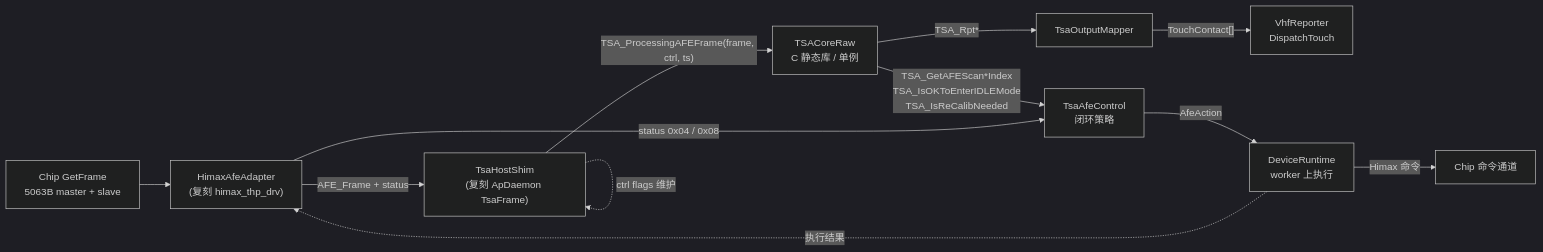
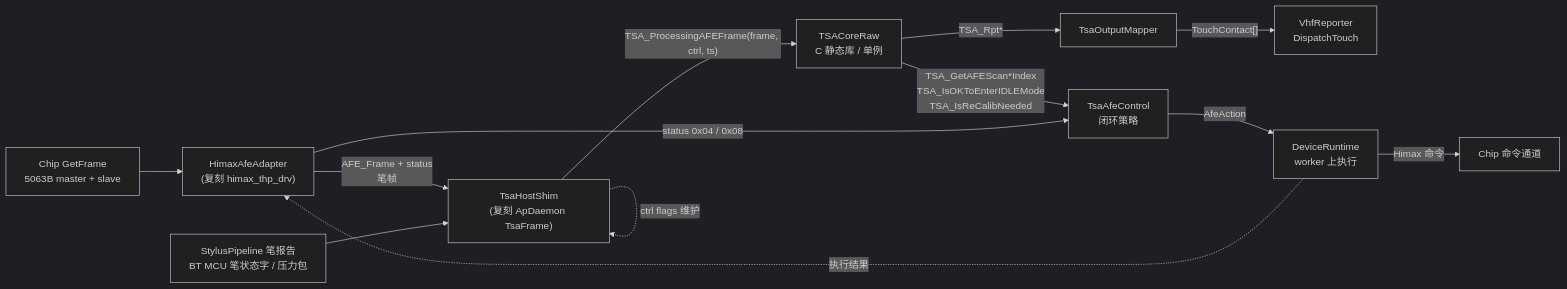
One commit to awarson2233/EGoTouchRev changed the first of 12 diagrams in docs/finger_algorithms/tsacore-raw-integration.md. Above: the diagram before and after it, drawn with Mermaid (dark theme). The commit also changed other lines of this file, not shown here.

Commit message:
docs(finger_algorithms): describe the stylus state seam into TSACore

````diff
--- a/docs/finger_algorithms/tsacore-raw-integration.md
+++ b/docs/finger_algorithms/tsacore-raw-integration.md
@@ -20,14 +22,15 @@
 ```mermaid
 flowchart LR
     SPI["Chip GetFrame<br/>5063B master + slave"] --> AD["HimaxAfeAdapter<br/>(复刻 himax_thp_drv)"]
-    AD -->|"AFE_Frame + status"| SH["TsaHostShim<br/>(复刻 ApDaemon TsaFrame)"]
+    AD -->|"AFE_Frame + status<br/>笔帧"| SH["TsaHostShim<br/>(复刻 ApDaemon TsaFrame)"]
+    PEN["StylusPipeline 笔报告<br/>BT MCU 笔状态字 / 压力包"] --> SH
     SH -->|"TSA_ProcessingAFEFrame(frame, ctrl, ts)"| RAW["TSACoreRaw<br/>C 静态库 / 单例"]
     RAW -->|"TSA_Rpt*"| OM["TsaOutputMapper"]
     OM -->|"TouchContact[]"| VHF["VhfReporter<br/>DispatchTouch"]
     RAW -->|"TSA_GetAFEScan*Index<br/>TSA_IsOKToEnterIDLEMode<br/>TSA_IsReCalibNeeded"| CL["TsaAfeControl<br/>闭环策略"]
     AD -->|"status 0x04 / 0x08"| CL
     CL -->|"AfeAction"| RTX["DeviceRuntime<br/>worker 上执行"]
     RTX -->|"Himax 命令"| CHIP["Chip 命令通道"]
     RTX -.->|"执行结果"| AD
     SH -.->|"ctrl flags 维护"| SH
 ```
````
